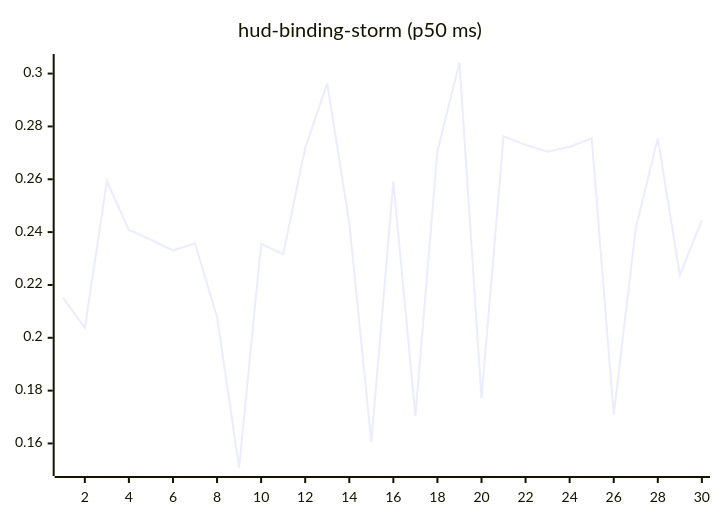
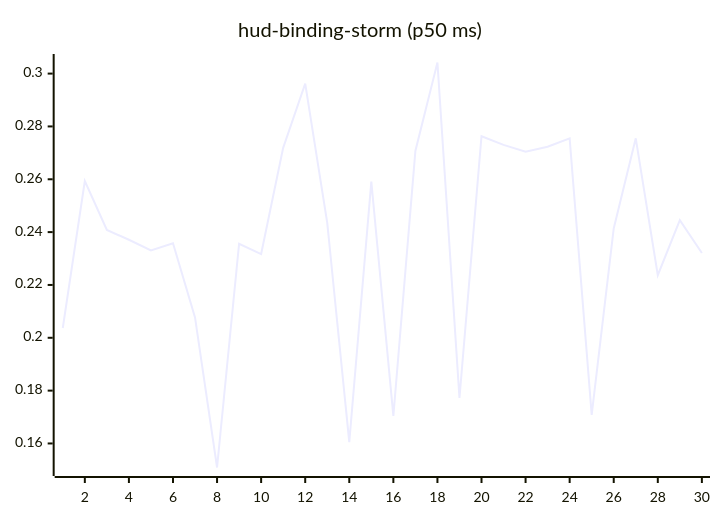
The tenth of 27 diagrams in README.md (josha/Facet), drawn with Mermaid before and after one commit. The commit also changed other lines of this file and 2 other files, not shown here.

````diff
--- a/README.md
+++ b/README.md
@@ -126,6 +126,6 @@
 ```mermaid
 xychart-beta
     title "hud-binding-storm (p50 ms)"
     x-axis 1 --> 30
-    line [0.2153, 0.2037, 0.2593, 0.2408, 0.2371, 0.2331, 0.2358, 0.2077, 0.1509, 0.2356, 0.2317, 0.2719, 0.2962, 0.2435, 0.1605, 0.2591, 0.1704, 0.2707, 0.3042, 0.1772, 0.2763, 0.2730, 0.2704, 0.2723, 0.2755, 0.1708, 0.2414, 0.2755, 0.2237, 0.2445]
+    line [0.2037, 0.2593, 0.2408, 0.2371, 0.2331, 0.2358, 0.2077, 0.1509, 0.2356, 0.2317, 0.2719, 0.2962, 0.2435, 0.1605, 0.2591, 0.1704, 0.2707, 0.3042, 0.1772, 0.2763, 0.2730, 0.2704, 0.2723, 0.2755, 0.1708, 0.2414, 0.2755, 0.2237, 0.2445, 0.2321]
 ```
````
